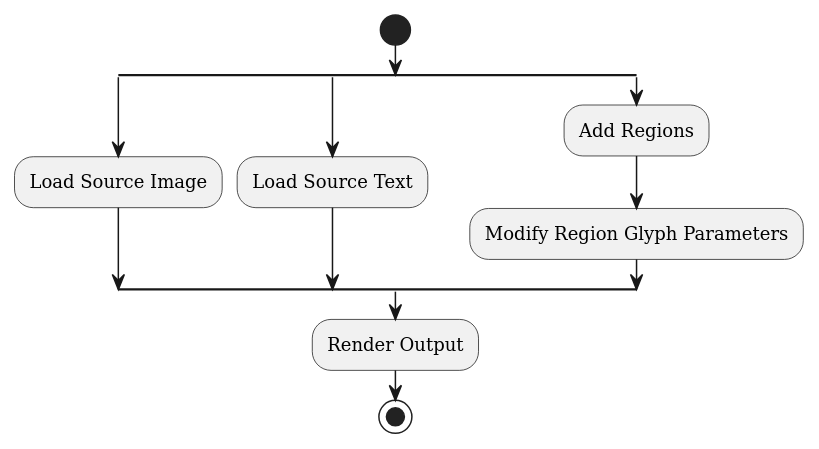
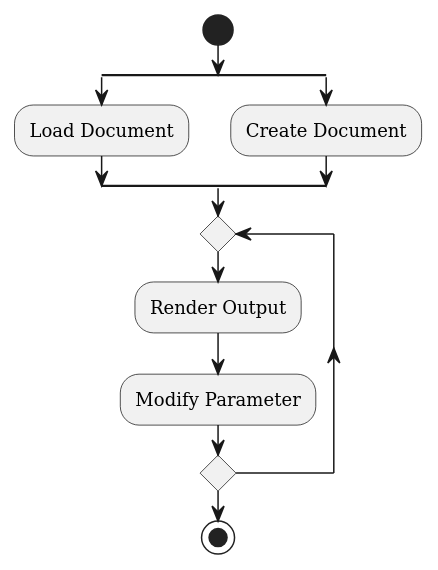
Before and after one commit to zwerdlds/GlyphMosaic: the diagram in documentation/Specification/diagrams/workflow.plantuml, drawn with PlantUML. The commit also changed 4 other files, not shown here.

```diff
--- a/documentation/Specification/diagrams/workflow.plantuml
+++ b/documentation/Specification/diagrams/workflow.plantuml
@@ -1,21 +1,21 @@
 @startuml workflow
 skinparam componentStyle uml1
 skinparam defaultFontName DejaVu Serif
 skinparam linetype ortho
 
 start
 
 split
-    :Load Source Image;
+    :Load Document;
 split again
-    :Load Source Text;
-split again
-    :Add Regions;
-    :Modify Region Glyph Parameters;
+    :Create Document;
 end split
 
-:Render Output;
+repeat
+    :Render Output;
+    :Modify Parameter;
+repeatwhile ()
 
 stop
 
 @enduml
```
